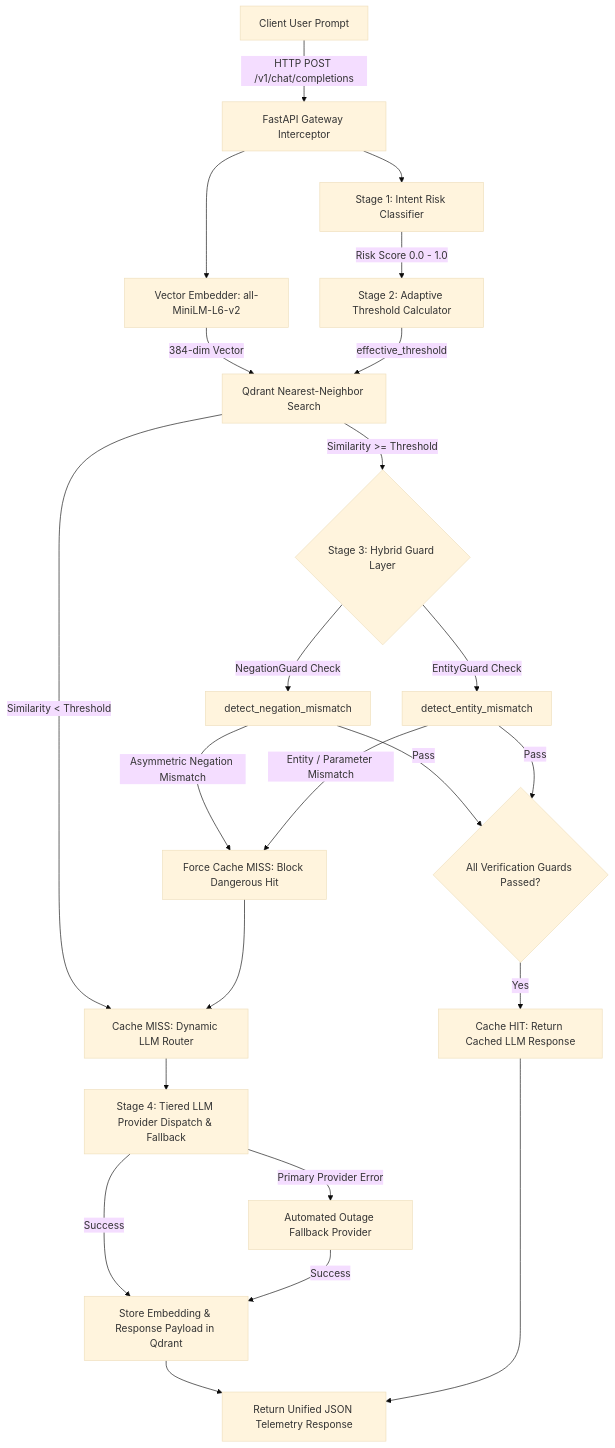
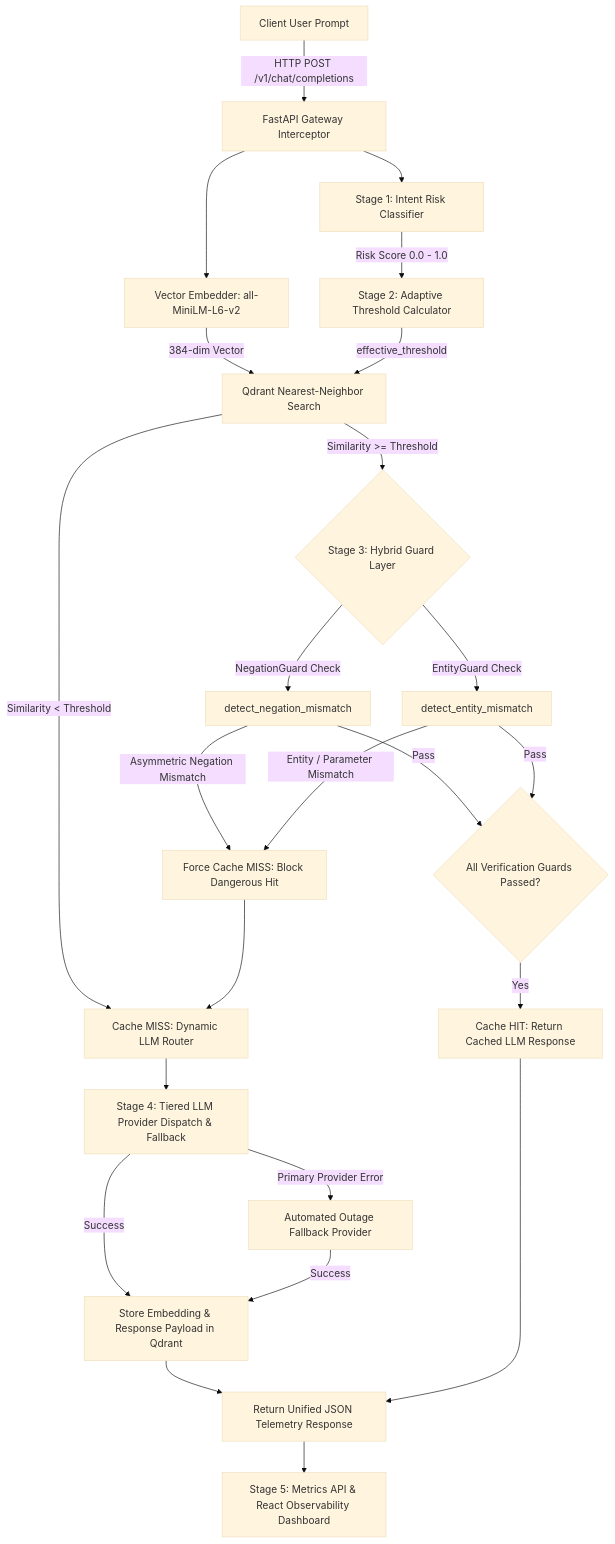
One commit to YashwanthReddyPuli/Sentinel-Cache changed the diagram in README.md. Above: the diagram before and after it, drawn with Mermaid (base theme). The commit also changed other lines of this file, not shown here.

Commit message:
docs: update README.md with Phase 5 observability dashboard & metrics API documentation

````diff
--- a/README.md
+++ b/README.md
@@ -14,30 +15,32 @@
 ```mermaid
 graph TD
     A[Client User Prompt] -->|HTTP POST /v1/chat/completions| B[FastAPI Gateway Interceptor]
     B --> C[Stage 1: Intent Risk Classifier]
     C -->|Risk Score 0.0 - 1.0| D[Stage 2: Adaptive Threshold Calculator]
     B --> E[Vector Embedder: all-MiniLM-L6-v2]
     E -->|384-dim Vector| F[Qdrant Nearest-Neighbor Search]
     D -->|effective_threshold| F
     
     F -->|Similarity < Threshold| G[Cache MISS: Dynamic LLM Router]
     F -->|Similarity >= Threshold| H{Stage 3: Hybrid Guard Layer}
     
     H -->|NegationGuard Check| I[detect_negation_mismatch]
     H -->|EntityGuard Check| J[detect_entity_mismatch]
     
     I -->|Asymmetric Negation Mismatch| K[Force Cache MISS: Block Dangerous Hit]
     J -->|Entity / Parameter Mismatch| K
     K --> G
     
     I -->|Pass| L{All Verification Guards Passed?}
     J -->|Pass| L
     L -->|Yes| M[Cache HIT: Return Cached LLM Response]
     
     G --> N[Stage 4: Tiered LLM Provider Dispatch & Fallback]
     N -->|Primary Provider Error| O[Automated Outage Fallback Provider]
     N -->|Success| P[Store Embedding & Response Payload in Qdrant]
     O -->|Success| P
     P --> Q[Return Unified JSON Telemetry Response]
     M --> Q
+    
+    Q --> R[Stage 5: Metrics API & React Observability Dashboard]
 ```
````
